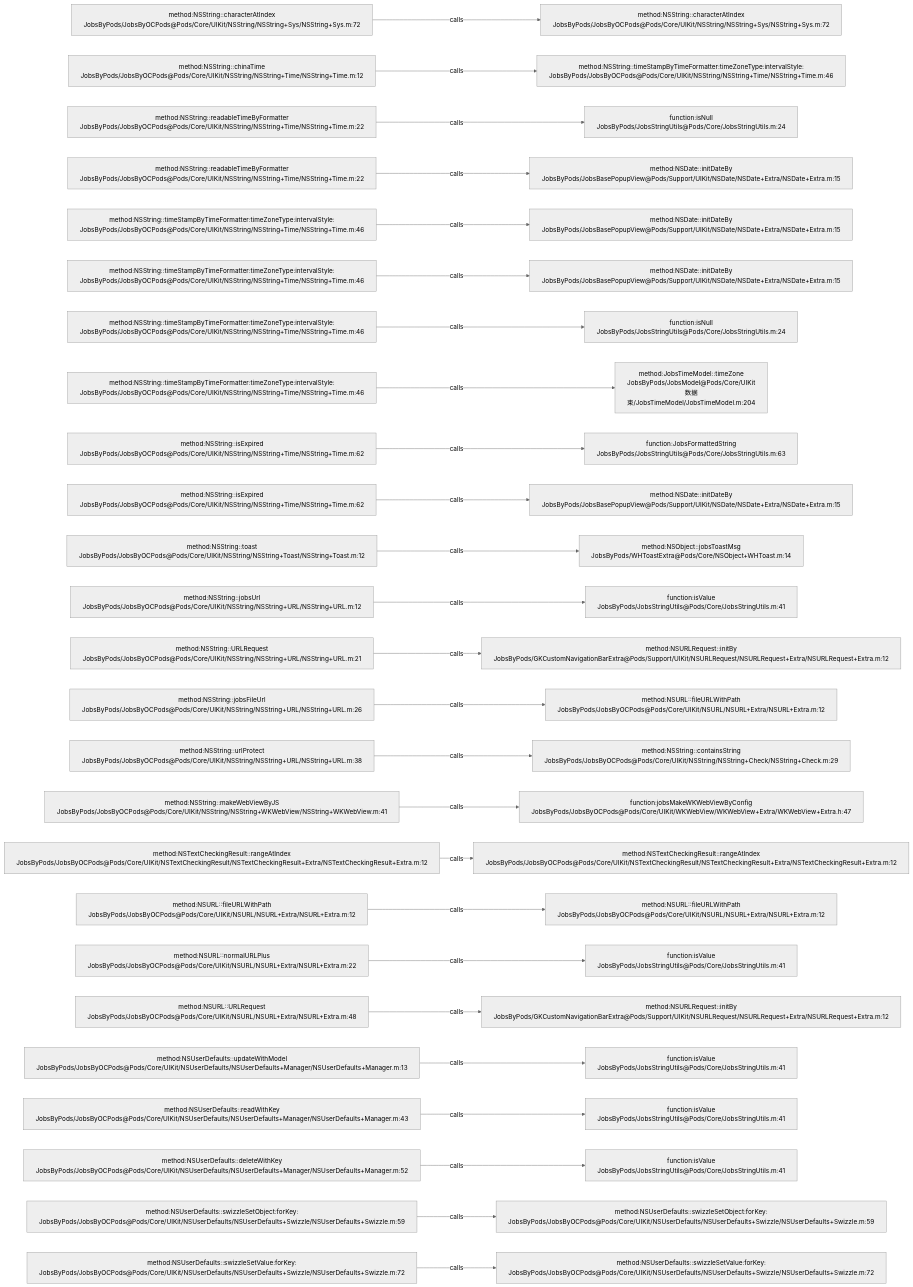
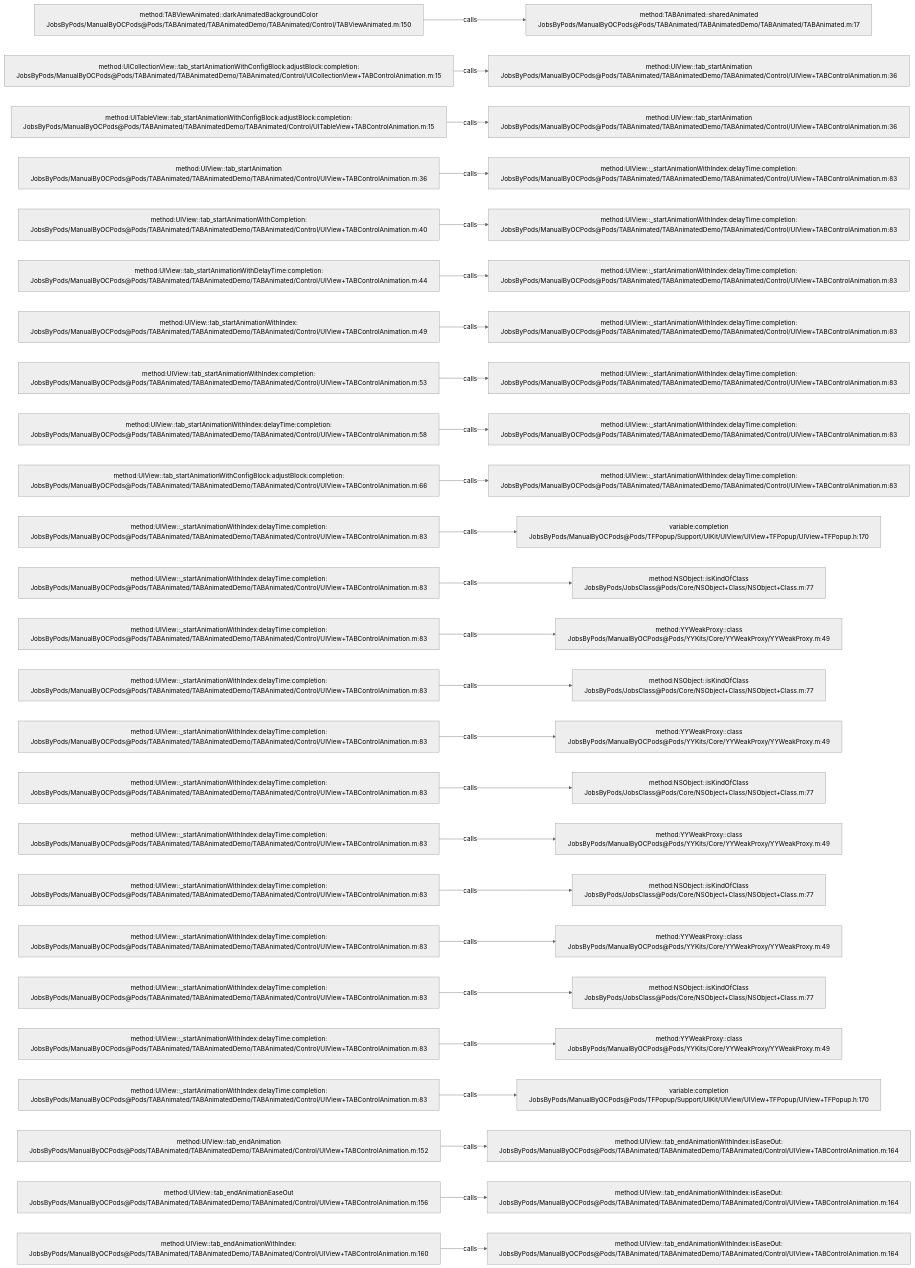
Before and after one commit to JobsKits/JobsOCBaseConfigDemo: the diagram in .codegraph/codegraph.md/graphs/calls-034.md, drawn with Mermaid (neutral theme). The commit also changed 2162 other files, not shown here.

````diff
--- a/.codegraph/codegraph.md/graphs/calls-034.md
+++ b/.codegraph/codegraph.md/graphs/calls-034.md
@@ -13,78 +13,78 @@
 ```mermaid
 flowchart LR
-  S1["method:NSString::characterAtIndex<br/>JobsByPods/JobsByOCPods@Pods/Core/UIKit/NSString/NSString+Sys/NSString+Sys.m:72"]
-  T1["method:NSString::characterAtIndex<br/>JobsByPods/JobsByOCPods@Pods/Core/UIKit/NSString/NSString+Sys/NSString+Sys.m:72"]
+  S1["method:TABViewAnimated::darkAnimatedBackgroundColor<br/>JobsByPods/ManualByOCPods@Pods/TABAnimated/TABAnimatedDemo/TABAnimated/Control/TABViewAnimated.m:150"]
+  T1["method:TABAnimated::sharedAnimated<br/>JobsByPods/ManualByOCPods@Pods/TABAnimated/TABAnimatedDemo/TABAnimated/TABAnimated.m:17"]
   S1 -->|calls| T1
-  S2["method:NSString::chinaTime<br/>JobsByPods/JobsByOCPods@Pods/Core/UIKit/NSString/NSString+Time/NSString+Time.m:12"]
-  T2["method:NSString::timeStampByTimeFormatter:timeZoneType:intervalStyle:<br/>JobsByPods/JobsByOCPods@Pods/Core/UIKit/NSString/NSString+Time/NSString+Time.m:46"]
+  S2["method:UICollectionView::tab_startAnimationWithConfigBlock:adjustBlock:completion:<br/>JobsByPods/ManualByOCPods@Pods/TABAnimated/TABAnimatedDemo/TABAnimated/Control/UICollectionView+TABControlAnimation.m:15"]
+  T2["method:UIView::tab_startAnimation<br/>JobsByPods/ManualByOCPods@Pods/TABAnimated/TABAnimatedDemo/TABAnimated/Control/UIView+TABControlAnimation.m:36"]
   S2 -->|calls| T2
-  S3["method:NSString::readableTimeByFormatter<br/>JobsByPods/JobsByOCPods@Pods/Core/UIKit/NSString/NSString+Time/NSString+Time.m:22"]
-  T3["function:isNull<br/>JobsByPods/JobsStringUtils@Pods/Core/JobsStringUtils.m:24"]
+  S3["method:UITableView::tab_startAnimationWithConfigBlock:adjustBlock:completion:<br/>JobsByPods/ManualByOCPods@Pods/TABAnimated/TABAnimatedDemo/TABAnimated/Control/UITableView+TABControlAnimation.m:15"]
+  T3["method:UIView::tab_startAnimation<br/>JobsByPods/ManualByOCPods@Pods/TABAnimated/TABAnimatedDemo/TABAnimated/Control/UIView+TABControlAnimation.m:36"]
   S3 -->|calls| T3
-  S4["method:NSString::readableTimeByFormatter<br/>JobsByPods/JobsByOCPods@Pods/Core/UIKit/NSString/NSString+Time/NSString+Time.m:22"]
-  T4["method:NSDate::initDateBy<br/>JobsByPods/JobsBasePopupView@Pods/Support/UIKit/NSDate/NSDate+Extra/NSDate+Extra.m:15"]
+  S4["method:UIView::tab_startAnimation<br/>JobsByPods/ManualByOCPods@Pods/TABAnimated/TABAnimatedDemo/TABAnimated/Control/UIView+TABControlAnimation.m:36"]
+  T4["method:UIView::_startAnimationWithIndex:delayTime:completion:<br/>JobsByPods/ManualByOCPods@Pods/TABAnimated/TABAnimatedDemo/TABAnimated/Control/UIView+TABControlAnimation.m:83"]
   S4 -->|calls| T4
-  S5["method:NSString::timeStampByTimeFormatter:timeZoneType:intervalStyle:<br/>JobsByPods/JobsByOCPods@Pods/Core/UIKit/NSString/NSString+Time/NSString+Time.m:46"]
-  T5["method:NSDate::initDateBy<br/>JobsByPods/JobsBasePopupView@Pods/Support/UIKit/NSDate/NSDate+Extra/NSDate+Extra.m:15"]
+  S5["method:UIView::tab_startAnimationWithCompletion:<br/>JobsByPods/ManualByOCPods@Pods/TABAnimated/TABAnimatedDemo/TABAnimated/Control/UIView+TABControlAnimation.m:40"]
+  T5["method:UIView::_startAnimationWithIndex:delayTime:completion:<br/>JobsByPods/ManualByOCPods@Pods/TABAnimated/TABAnimatedDemo/TABAnimated/Control/UIView+TABControlAnimation.m:83"]
   S5 -->|calls| T5
-  S6["method:NSString::timeStampByTimeFormatter:timeZoneType:intervalStyle:<br/>JobsByPods/JobsByOCPods@Pods/Core/UIKit/NSString/NSString+Time/NSString+Time.m:46"]
-  T6["method:NSDate::initDateBy<br/>JobsByPods/JobsBasePopupView@Pods/Support/UIKit/NSDate/NSDate+Extra/NSDate+Extra.m:15"]
+  S6["method:UIView::tab_startAnimationWithDelayTime:completion:<br/>JobsByPods/ManualByOCPods@Pods/TABAnimated/TABAnimatedDemo/TABAnimated/Control/UIView+TABControlAnimation.m:44"]
+  T6["method:UIView::_startAnimationWithIndex:delayTime:completion:<br/>JobsByPods/ManualByOCPods@Pods/TABAnimated/TABAnimatedDemo/TABAnimated/Control/UIView+TABControlAnimation.m:83"]
   S6 -->|calls| T6
-  S7["method:NSString::timeStampByTimeFormatter:timeZoneType:intervalStyle:<br/>JobsByPods/JobsByOCPods@Pods/Core/UIKit/NSString/NSString+Time/NSString+Time.m:46"]
-  T7["function:isNull<br/>JobsByPods/JobsStringUtils@Pods/Core/JobsStringUtils.m:24"]
+  S7["method:UIView::tab_startAnimationWithIndex:<br/>JobsByPods/ManualByOCPods@Pods/TABAnimated/TABAnimatedDemo/TABAnimated/Control/UIView+TABControlAnimation.m:49"]
+  T7["method:UIView::_startAnimationWithIndex:delayTime:completion:<br/>JobsByPods/ManualByOCPods@Pods/TABAnimated/TABAnimatedDemo/TABAnimated/Control/UIView+TABControlAnimation.m:83"]
   S7 -->|calls| T7
-  S8["method:NSString::timeStampByTimeFormatter:timeZoneType:intervalStyle:<br/>JobsByPods/JobsByOCPods@Pods/Core/UIKit/NSString/NSString+Time/NSString+Time.m:46"]
-  T8["method:JobsTimeModel::timeZone<br/>JobsByPods/JobsModel@Pods/Core/UIKit数据束/JobsTimeModel/JobsTimeModel.m:204"]
+  S8["method:UIView::tab_startAnimationWithIndex:completion:<br/>JobsByPods/ManualByOCPods@Pods/TABAnimated/TABAnimatedDemo/TABAnimated/Control/UIView+TABControlAnimation.m:53"]
+  T8["method:UIView::_startAnimationWithIndex:delayTime:completion:<br/>JobsByPods/ManualByOCPods@Pods/TABAnimated/TABAnimatedDemo/TABAnimated/Control/UIView+TABControlAnimation.m:83"]
   S8 -->|calls| T8
-  S9["method:NSString::isExpired<br/>JobsByPods/JobsByOCPods@Pods/Core/UIKit/NSString/NSString+Time/NSString+Time.m:62"]
-  T9["function:JobsFormattedString<br/>JobsByPods/JobsStringUtils@Pods/Core/JobsStringUtils.m:63"]
+  S9["method:UIView::tab_startAnimationWithIndex:delayTime:completion:<br/>JobsByPods/ManualByOCPods@Pods/TABAnimated/TABAnimatedDemo/TABAnimated/Control/UIView+TABControlAnimation.m:58"]
+  T9["method:UIView::_startAnimationWithIndex:delayTime:completion:<br/>JobsByPods/ManualByOCPods@Pods/TABAnimated/TABAnimatedDemo/TABAnimated/Control/UIView+TABControlAnimation.m:83"]
   S9 -->|calls| T9
-  S10["method:NSString::isExpired<br/>JobsByPods/JobsByOCPods@Pods/Core/UIKit/NSString/NSString+Time/NSString+Time.m:62"]
-  T10["method:NSDate::initDateBy<br/>JobsByPods/JobsBasePopupView@Pods/Support/UIKit/NSDate/NSDate+Extra/NSDate+Extra.m:15"]
+  S10["method:UIView::tab_startAnimationWithConfigBlock:adjustBlock:completion:<br/>JobsByPods/ManualByOCPods@Pods/TABAnimated/TABAnimatedDemo/TABAnimated/Control/UIView+TABControlAnimation.m:66"]
+  T10["method:UIView::_startAnimationWithIndex:delayTime:completion:<br/>JobsByPods/ManualByOCPods@Pods/TABAnimated/TABAnimatedDemo/TABAnimated/Control/UIView+TABControlAnimation.m:83"]
   S10 -->|calls| T10
-  S11["method:NSString::toast<br/>JobsByPods/JobsByOCPods@Pods/Core/UIKit/NSString/NSString+Toast/NSString+Toast.m:12"]
-  T11["method:NSObject::jobsToastMsg<br/>JobsByPods/WHToastExtra@Pods/Core/NSObject+WHToast.m:14"]
+  S11["method:UIView::_startAnimationWithIndex:delayTime:completion:<br/>JobsByPods/ManualByOCPods@Pods/TABAnimated/TABAnimatedDemo/TABAnimated/Control/UIView+TABControlAnimation.m:83"]
+  T11["variable:completion<br/>JobsByPods/ManualByOCPods@Pods/TFPopup/Support/UIKit/UIView/UIView+TFPopup/UIView+TFPopup.h:170"]
   S11 -->|calls| T11
-  S12["method:NSString::jobsUrl<br/>JobsByPods/JobsByOCPods@Pods/Core/UIKit/NSString/NSString+URL/NSString+URL.m:12"]
-  T12["function:isValue<br/>JobsByPods/JobsStringUtils@Pods/Core/JobsStringUtils.m:41"]
+  S12["method:UIView::_startAnimationWithIndex:delayTime:completion:<br/>JobsByPods/ManualByOCPods@Pods/TABAnimated/TABAnimatedDemo/TABAnimated/Control/UIView+TABControlAnimation.m:83"]
+  T12["method:NSObject::isKindOfClass<br/>JobsByPods/JobsClass@Pods/Core/NSObject+Class/NSObject+Class.m:77"]
   S12 -->|calls| T12
-  S13["method:NSString::URLRequest<br/>JobsByPods/JobsByOCPods@Pods/Core/UIKit/NSString/NSString+URL/NSString+URL.m:21"]
-  T13["method:NSURLRequest::initBy<br/>JobsByPods/GKCustomNavigationBarExtra@Pods/Support/UIKit/NSURLRequest/NSURLRequest+Extra/NSURLRequest+Extra.m:12"]
+  S13["method:UIView::_startAnimationWithIndex:delayTime:completion:<br/>JobsByPods/ManualByOCPods@Pods/TABAnimated/TABAnimatedDemo/TABAnimated/Control/UIView+TABControlAnimation.m:83"]
+  T13["method:YYWeakProxy::class<br/>JobsByPods/ManualByOCPods@Pods/YYKits/Core/YYWeakProxy/YYWeakProxy.m:49"]
   S13 -->|calls| T13
-  S14["method:NSString::jobsFileUrl<br/>JobsByPods/JobsByOCPods@Pods/Core/UIKit/NSString/NSString+URL/NSString+URL.m:26"]
-  T14["method:NSURL::fileURLWithPath<br/>JobsByPods/JobsByOCPods@Pods/Core/UIKit/NSURL/NSURL+Extra/NSURL+Extra.m:12"]
+  S14["method:UIView::_startAnimationWithIndex:delayTime:completion:<br/>JobsByPods/ManualByOCPods@Pods/TABAnimated/TABAnimatedDemo/TABAnimated/Control/UIView+TABControlAnimation.m:83"]
+  T14["method:NSObject::isKindOfClass<br/>JobsByPods/JobsClass@Pods/Core/NSObject+Class/NSObject+Class.m:77"]
   S14 -->|calls| T14
-  S15["method:NSString::urlProtect<br/>JobsByPods/JobsByOCPods@Pods/Core/UIKit/NSString/NSString+URL/NSString+URL.m:38"]
-  T15["method:NSString::containsString<br/>JobsByPods/JobsByOCPods@Pods/Core/UIKit/NSString/NSString+Check/NSString+Check.m:29"]
+  S15["method:UIView::_startAnimationWithIndex:delayTime:completion:<br/>JobsByPods/ManualByOCPods@Pods/TABAnimated/TABAnimatedDemo/TABAnimated/Control/UIView+TABControlAnimation.m:83"]
+  T15["method:YYWeakProxy::class<br/>JobsByPods/ManualByOCPods@Pods/YYKits/Core/YYWeakProxy/YYWeakProxy.m:49"]
   S15 -->|calls| T15
-  S16["method:NSString::makeWebViewByJS<br/>JobsByPods/JobsByOCPods@Pods/Core/UIKit/NSString/NSString+WKWebView/NSString+WKWebView.m:41"]
-  T16["function:jobsMakeWKWebViewByConfig<br/>JobsByPods/JobsByOCPods@Pods/Core/UIKit/WKWebView/WKWebView+Extra/WKWebView+Extra.h:47"]
+  S16["method:UIView::_startAnimationWithIndex:delayTime:completion:<br/>JobsByPods/ManualByOCPods@Pods/TABAnimated/TABAnimatedDemo/TABAnimated/Control/UIView+TABControlAnimation.m:83"]
+  T16["method:NSObject::isKindOfClass<br/>JobsByPods/JobsClass@Pods/Core/NSObject+Class/NSObject+Class.m:77"]
   S16 -->|calls| T16
-  S17["method:NSTextCheckingResult::rangeAtIndex<br/>JobsByPods/JobsByOCPods@Pods/Core/UIKit/NSTextCheckingResult/NSTextCheckingResult+Extra/NSTextCheckingResult+Extra.m:12"]
-  T17["method:NSTextCheckingResult::rangeAtIndex<br/>JobsByPods/JobsByOCPods@Pods/Core/UIKit/NSTextCheckingResult/NSTextCheckingResult+Extra/NSTextCheckingResult+Extra.m:12"]
+  S17["method:UIView::_startAnimationWithIndex:delayTime:completion:<br/>JobsByPods/ManualByOCPods@Pods/TABAnimated/TABAnimatedDemo/TABAnimated/Control/UIView+TABControlAnimation.m:83"]
+  T17["method:YYWeakProxy::class<br/>JobsByPods/ManualByOCPods@Pods/YYKits/Core/YYWeakProxy/YYWeakProxy.m:49"]
   S17 -->|calls| T17
-  S18["method:NSURL::fileURLWithPath<br/>JobsByPods/JobsByOCPods@Pods/Core/UIKit/NSURL/NSURL+Extra/NSURL+Extra.m:12"]
-  T18["method:NSURL::fileURLWithPath<br/>JobsByPods/JobsByOCPods@Pods/Core/UIKit/NSURL/NSURL+Extra/NSURL+Extra.m:12"]
+  S18["method:UIView::_startAnimationWithIndex:delayTime:completion:<br/>JobsByPods/ManualByOCPods@Pods/TABAnimated/TABAnimatedDemo/TABAnimated/Control/UIView+TABControlAnimation.m:83"]
+  T18["method:NSObject::isKindOfClass<br/>JobsByPods/JobsClass@Pods/Core/NSObject+Class/NSObject+Class.m:77"]
   S18 -->|calls| T18
-  S19["method:NSURL::normalURLPlus<br/>JobsByPods/JobsByOCPods@Pods/Core/UIKit/NSURL/NSURL+Extra/NSURL+Extra.m:22"]
-  T19["function:isValue<br/>JobsByPods/JobsStringUtils@Pods/Core/JobsStringUtils.m:41"]
+  S19["method:UIView::_startAnimationWithIndex:delayTime:completion:<br/>JobsByPods/ManualByOCPods@Pods/TABAnimated/TABAnimatedDemo/TABAnimated/Control/UIView+TABControlAnimation.m:83"]
+  T19["method:YYWeakProxy::class<br/>JobsByPods/ManualByOCPods@Pods/YYKits/Core/YYWeakProxy/YYWeakProxy.m:49"]
   S19 -->|calls| T19
-  S20["method:NSURL::URLRequest<br/>JobsByPods/JobsByOCPods@Pods/Core/UIKit/NSURL/NSURL+Extra/NSURL+Extra.m:48"]
-  T20["method:NSURLRequest::initBy<br/>JobsByPods/GKCustomNavigationBarExtra@Pods/Support/UIKit/NSURLRequest/NSURLRequest+Extra/NSURLRequest+Extra.m:12"]
+  S20["method:UIView::_startAnimationWithIndex:delayTime:completion:<br/>JobsByPods/ManualByOCPods@Pods/TABAnimated/TABAnimatedDemo/TABAnimated/Control/UIView+TABControlAnimation.m:83"]
+  T20["method:NSObject::isKindOfClass<br/>JobsByPods/JobsClass@Pods/Core/NSObject+Class/NSObject+Class.m:77"]
   S20 -->|calls| T20
-  S21["method:NSUserDefaults::updateWithModel<br/>JobsByPods/JobsByOCPods@Pods/Core/UIKit/NSUserDefaults/NSUserDefaults+Manager/NSUserDefaults+Manager.m:13"]
-  T21["function:isValue<br/>JobsByPods/JobsStringUtils@Pods/Core/JobsStringUtils.m:41"]
+  S21["method:UIView::_startAnimationWithIndex:delayTime:completion:<br/>JobsByPods/ManualByOCPods@Pods/TABAnimated/TABAnimatedDemo/TABAnimated/Control/UIView+TABControlAnimation.m:83"]
+  T21["method:YYWeakProxy::class<br/>JobsByPods/ManualByOCPods@Pods/YYKits/Core/YYWeakProxy/YYWeakProxy.m:49"]
   S21 -->|calls| T21
-  S22["method:NSUserDefaults::readWithKey<br/>JobsByPods/JobsByOCPods@Pods/Core/UIKit/NSUserDefaults/NSUserDefaults+Manager/NSUserDefaults+Manager.m:43"]
-  T22["function:isValue<br/>JobsByPods/JobsStringUtils@Pods/Core/JobsStringUtils.m:41"]
+  S22["method:UIView::_startAnimationWithIndex:delayTime:completion:<br/>JobsByPods/ManualByOCPods@Pods/TABAnimated/TABAnimatedDemo/TABAnimated/Control/UIView+TABControlAnimation.m:83"]
+  T22["variable:completion<br/>JobsByPods/ManualByOCPods@Pods/TFPopup/Support/UIKit/UIView/UIView+TFPopup/UIView+TFPopup.h:170"]
   S22 -->|calls| T22
-  S23["method:NSUserDefaults::deleteWithKey<br/>JobsByPods/JobsByOCPods@Pods/Core/UIKit/NSUserDefaults/NSUserDefaults+Manager/NSUserDefaults+Manager.m:52"]
-  T23["function:isValue<br/>JobsByPods/JobsStringUtils@Pods/Core/JobsStringUtils.m:41"]
+  S23["method:UIView::tab_endAnimation<br/>JobsByPods/ManualByOCPods@Pods/TABAnimated/TABAnimatedDemo/TABAnimated/Control/UIView+TABControlAnimation.m:152"]
+  T23["method:UIView::tab_endAnimationWithIndex:isEaseOut:<br/>JobsByPods/ManualByOCPods@Pods/TABAnimated/TABAnimatedDemo/TABAnimated/Control/UIView+TABControlAnimation.m:164"]
   S23 -->|calls| T23
-  S24["method:NSUserDefaults::swizzleSetObject:forKey:<br/>JobsByPods/JobsByOCPods@Pods/Core/UIKit/NSUserDefaults/NSUserDefaults+Swizzle/NSUserDefaults+Swizzle.m:59"]
-  T24["method:NSUserDefaults::swizzleSetObject:forKey:<br/>JobsByPods/JobsByOCPods@Pods/Core/UIKit/NSUserDefaults/NSUserDefaults+Swizzle/NSUserDefaults+Swizzle.m:59"]
+  S24["method:UIView::tab_endAnimationEaseOut<br/>JobsByPods/ManualByOCPods@Pods/TABAnimated/TABAnimatedDemo/TABAnimated/Control/UIView+TABControlAnimation.m:156"]
+  T24["method:UIView::tab_endAnimationWithIndex:isEaseOut:<br/>JobsByPods/ManualByOCPods@Pods/TABAnimated/TABAnimatedDemo/TABAnimated/Control/UIView+TABControlAnimation.m:164"]
   S24 -->|calls| T24
-  S25["method:NSUserDefaults::swizzleSetValue:forKey:<br/>JobsByPods/JobsByOCPods@Pods/Core/UIKit/NSUserDefaults/NSUserDefaults+Swizzle/NSUserDefaults+Swizzle.m:72"]
-  T25["method:NSUserDefaults::swizzleSetValue:forKey:<br/>JobsByPods/JobsByOCPods@Pods/Core/UIKit/NSUserDefaults/NSUserDefaults+Swizzle/NSUserDefaults+Swizzle.m:72"]
+  S25["method:UIView::tab_endAnimationWithIndex:<br/>JobsByPods/ManualByOCPods@Pods/TABAnimated/TABAnimatedDemo/TABAnimated/Control/UIView+TABControlAnimation.m:160"]
+  T25["method:UIView::tab_endAnimationWithIndex:isEaseOut:<br/>JobsByPods/ManualByOCPods@Pods/TABAnimated/TABAnimatedDemo/TABAnimated/Control/UIView+TABControlAnimation.m:164"]
   S25 -->|calls| T25
 ```
````
